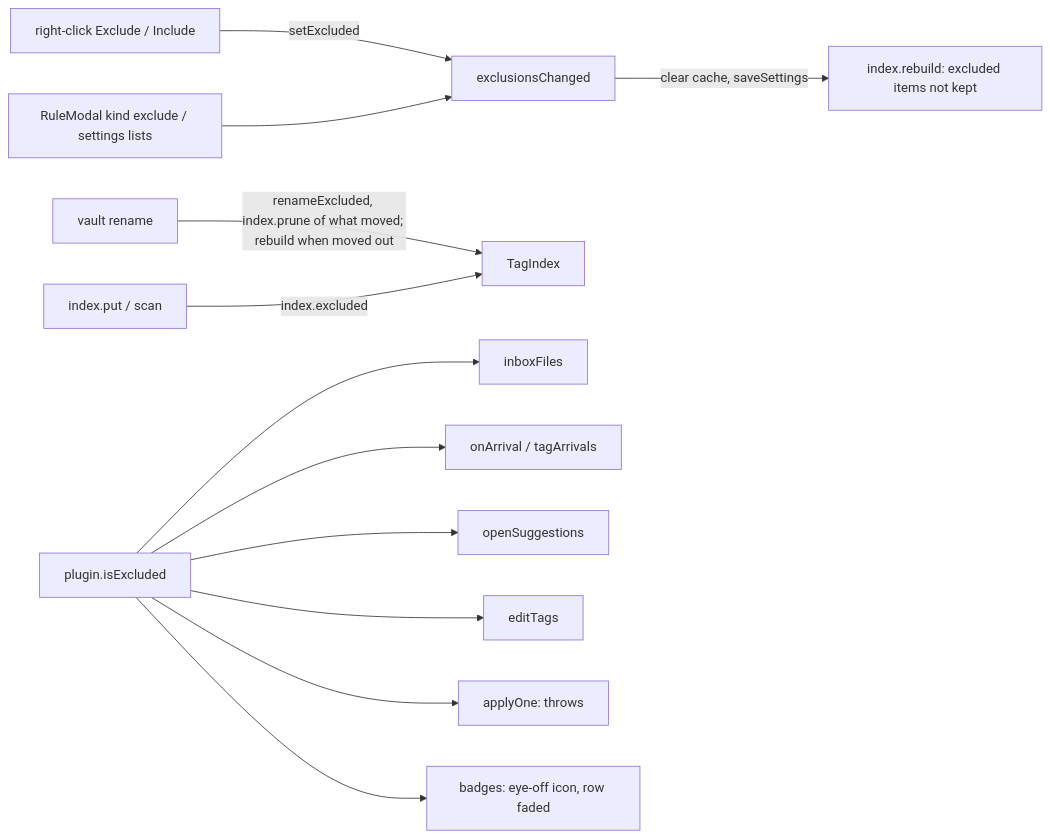
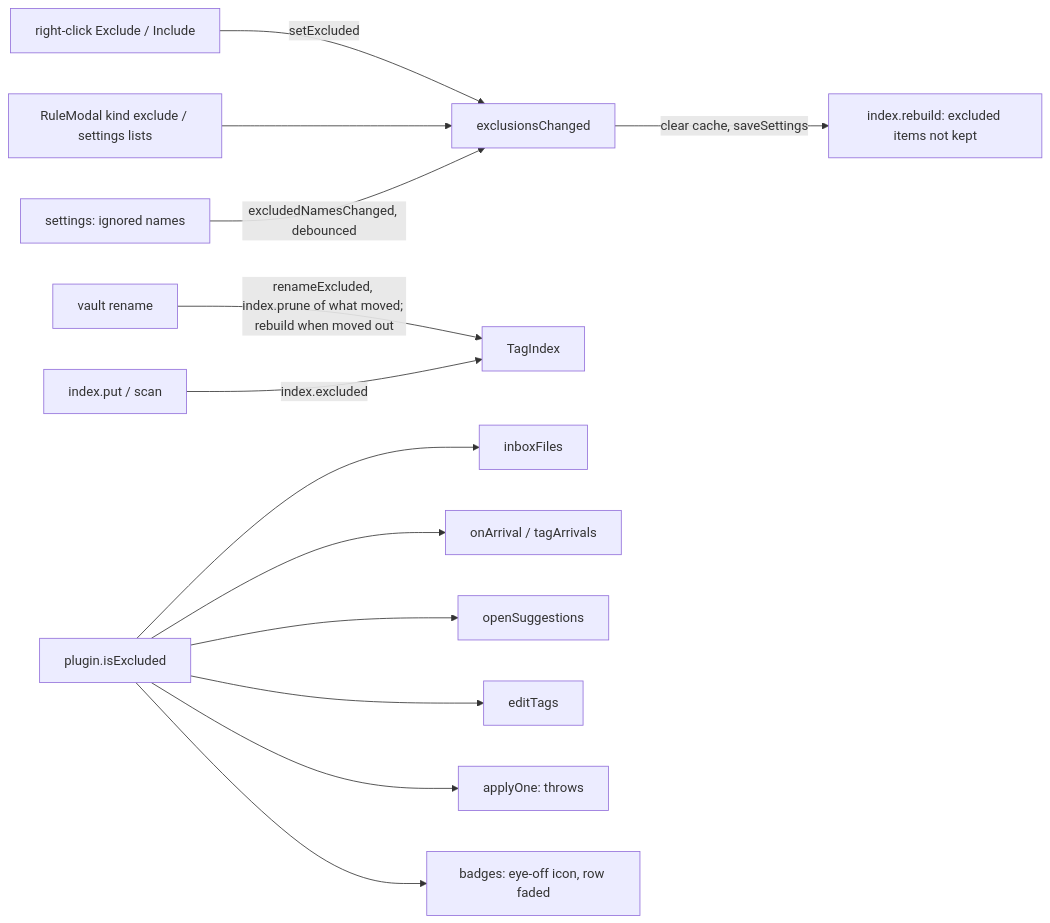
Before and after one commit to AlbanMontaigu/obsidian: the ninth of 12 diagrams in plugins/tag-everything/docs/architecture.md, drawn with Mermaid. The commit also changed other lines of this file and 14 other files, not shown here.

First line of the commit message:
tag-everything 0.42.0: ignored names in the settings (folders, files, extensions), with defaults

````diff
--- a/plugins/tag-everything/docs/architecture.md
+++ b/plugins/tag-everything/docs/architecture.md
@@ -246,10 +250,11 @@
 ```mermaid
 flowchart LR
   menu[right-click Exclude / Include] -->|setExcluded| ch[exclusionsChanged]
   rm[RuleModal kind exclude / settings lists] --> ch
+  names[settings: ignored names] -->|excludedNamesChanged, debounced| ch
   ch -->|clear cache, saveSettings| rb[index.rebuild: excluded items not kept]
   ev[vault rename] -->|renameExcluded, index.prune of what moved; rebuild when moved out| idx[TagIndex]
   put[index.put / scan] -->|index.excluded| idx
   ex[plugin.isExcluded] --> inboxF[inboxFiles] & arr[onArrival / tagArrivals] & sug[openSuggestions] & edit[editTags] & one[applyOne: throws]
   ex --> badges[badges: eye-off icon, row faded]
 ```
````
